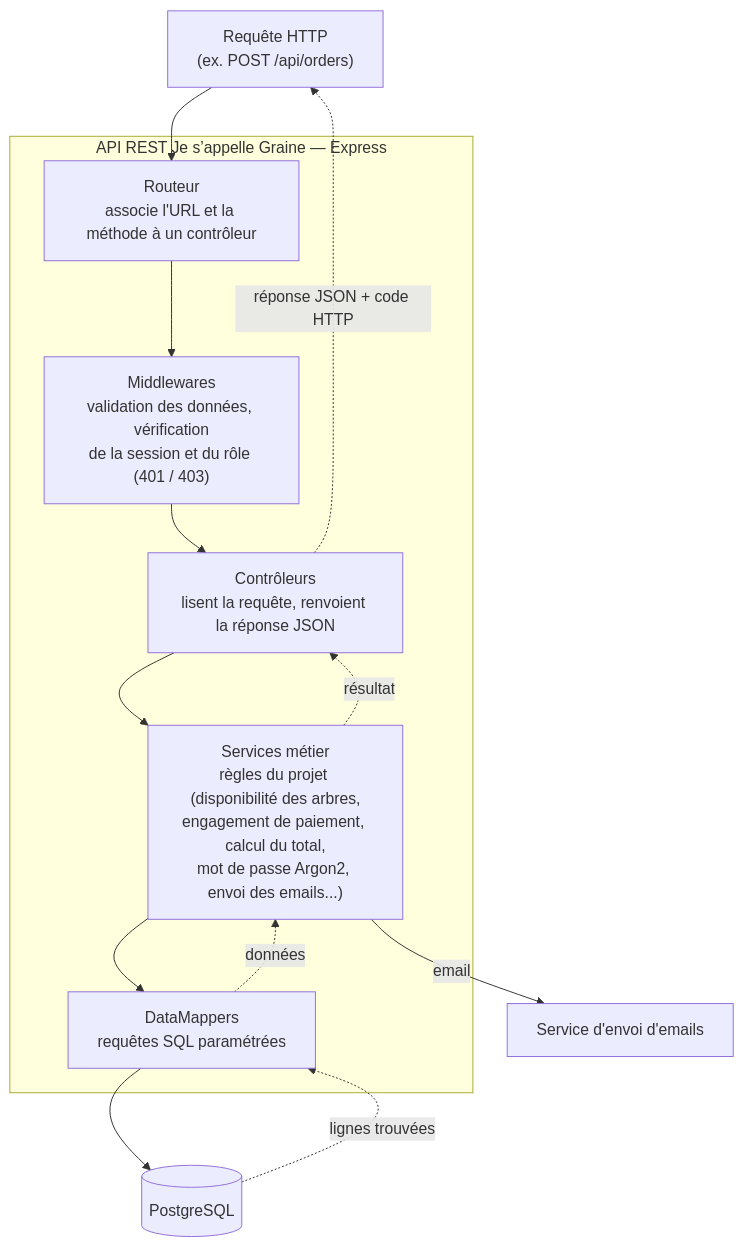
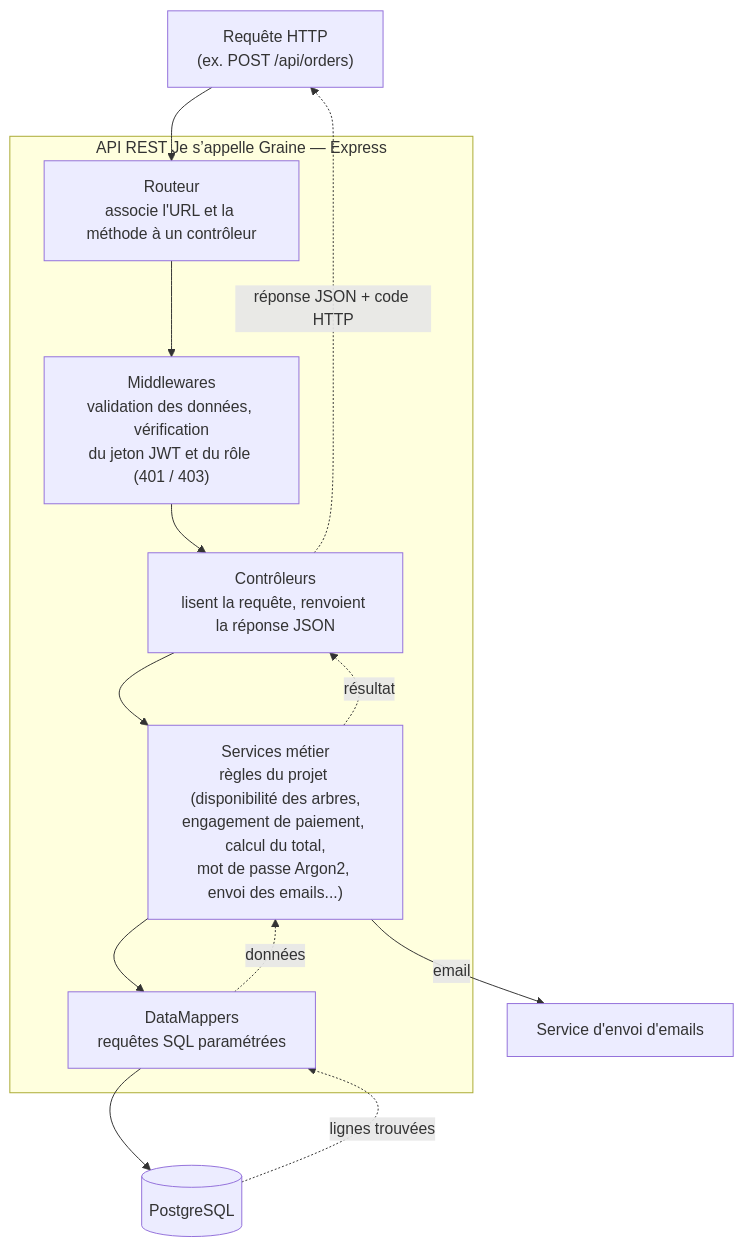
The second of 3 diagrams in docs/conception/diagrammes/01-architecture.md (DimitryDereppe/je-s-appelle-graine), drawn with Mermaid before and after one commit. The commit also changed other lines of this file and 24 other files, not shown here.

Commit message:
docs: modèle de données (acheteur, nom et lieu dans la commande, dates de statut), routes admin /api/admin, diagrammes PlantUML et user stories alignées

````diff
--- a/docs/conception/diagrammes/01-architecture.md
+++ b/docs/conception/diagrammes/01-architecture.md
@@ -44,22 +44,22 @@
 ```mermaid
 flowchart TB
     REQ["Requête HTTP<br/>(ex. POST /api/orders)"]
 
     subgraph API["API REST Je s’appelle Graine — Express"]
         R["Routeur<br/>associe l'URL et la méthode à un contrôleur"]
-        M["Middlewares<br/>validation des données, vérification<br/>de la session et du rôle (401 / 403)"]
+        M["Middlewares<br/>validation des données, vérification<br/>du jeton JWT et du rôle (401 / 403)"]
         C["Contrôleurs<br/>lisent la requête, renvoient la réponse JSON"]
         S["Services métier<br/>règles du projet (disponibilité des arbres,<br/>engagement de paiement, calcul du total,<br/>mot de passe Argon2, envoi des emails...)"]
         D["DataMappers<br/>requêtes SQL paramétrées"]
     end
 
     DB[("PostgreSQL")]
     MAIL["Service d'envoi d'emails"]
 
     REQ --> R --> M --> C --> S --> D --> DB
     S -- "email" --> MAIL
     DB -. "lignes trouvées" .-> D
     D -. "données" .-> S
     S -. "résultat" .-> C
     C -. "réponse JSON + code HTTP" .-> REQ
 ```
````
